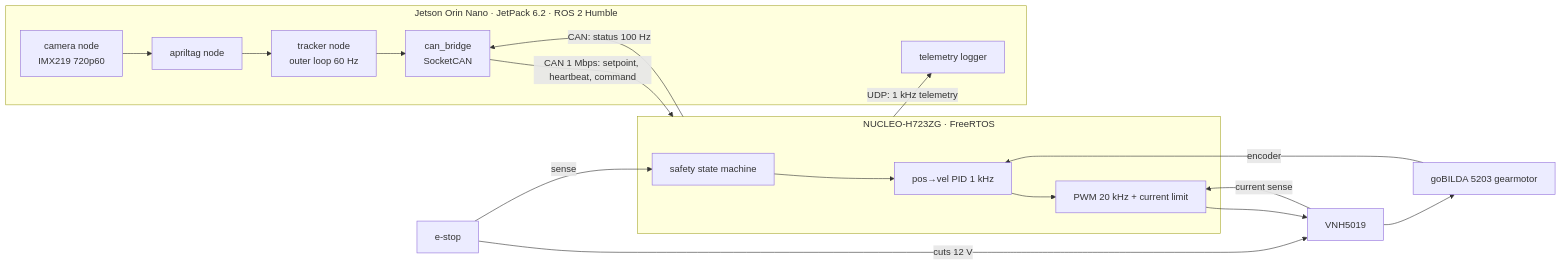
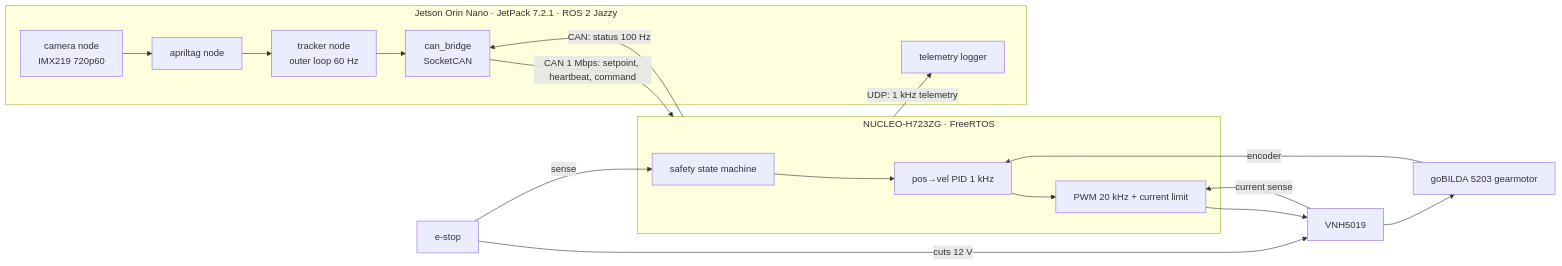
One commit to haleighv/jetson-stm32-pan-tracker changed the diagram in README.md. Above: the diagram before and after it, drawn with Mermaid. The commit also changed 3 other files, not shown here.

````diff
--- a/README.md
+++ b/README.md
@@ -28,21 +28,21 @@
 ```mermaid
 flowchart LR
-  subgraph J[Jetson Orin Nano · JetPack 6.2 · ROS 2 Humble]
+  subgraph J[Jetson Orin Nano · JetPack 7.2.1 · ROS 2 Jazzy]
     CAM[camera node<br/>IMX219 720p60] --> TAG[apriltag node]
     TAG --> TRK[tracker node<br/>outer loop 60 Hz]
     TRK --> BR[can_bridge<br/>SocketCAN]
     LOG[telemetry logger]
   end
   BR -- "CAN 1 Mbps: setpoint, heartbeat, command" --> M
   M -- "CAN: status 100 Hz" --> BR
   M -- "UDP: 1 kHz telemetry" --> LOG
   subgraph M[NUCLEO-H723ZG · FreeRTOS]
     SAFE[safety state machine] --> CTL[pos→vel PID 1 kHz]
     CTL --> PWM[PWM 20 kHz + current limit]
   end
   PWM --> DRV[VNH5019] --> MOT[goBILDA 5203 gearmotor]
   MOT -- encoder --> CTL
   DRV -- current sense --> PWM
   ES[e-stop] -- "cuts 12 V" --> DRV
   ES -- sense --> SAFE
 ```
````
